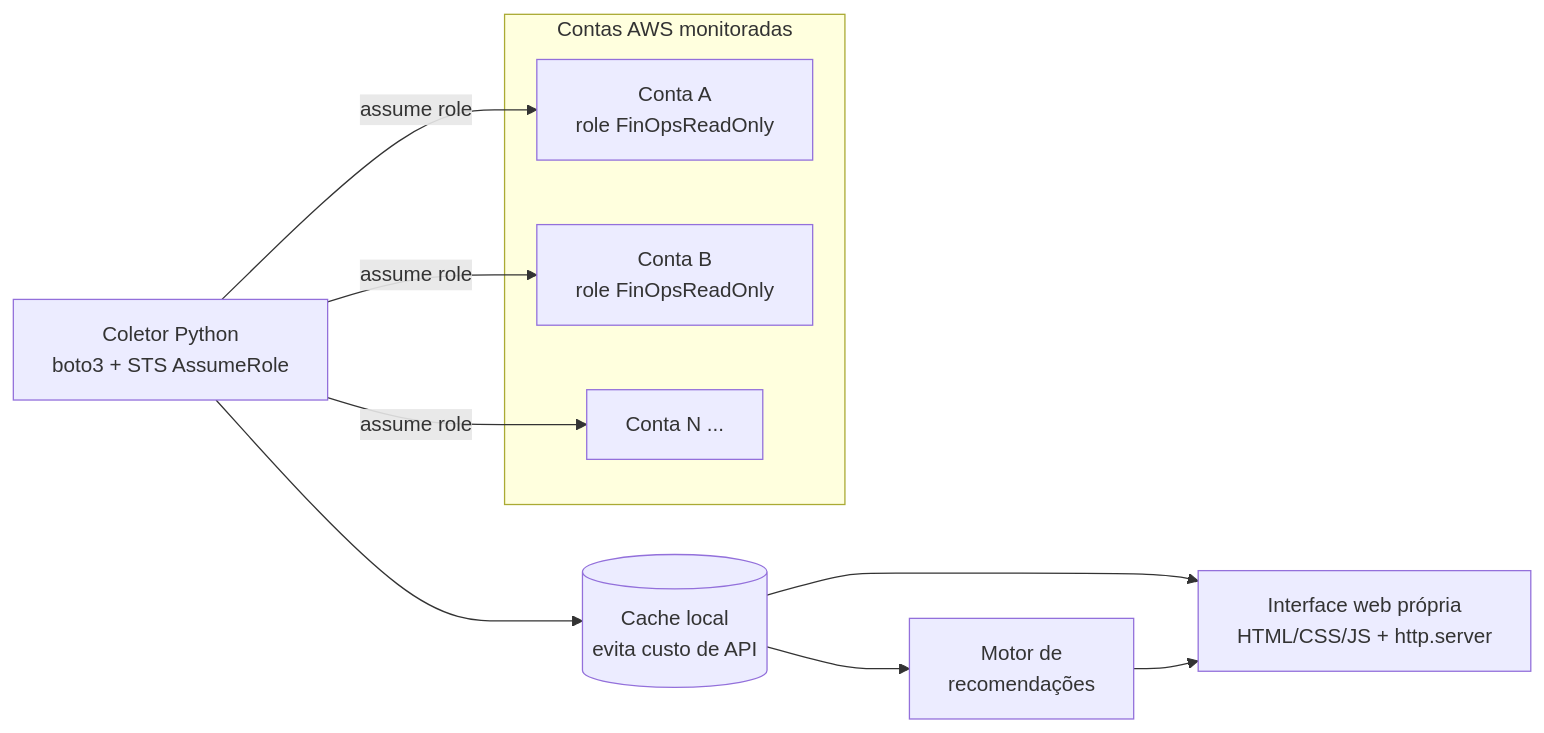
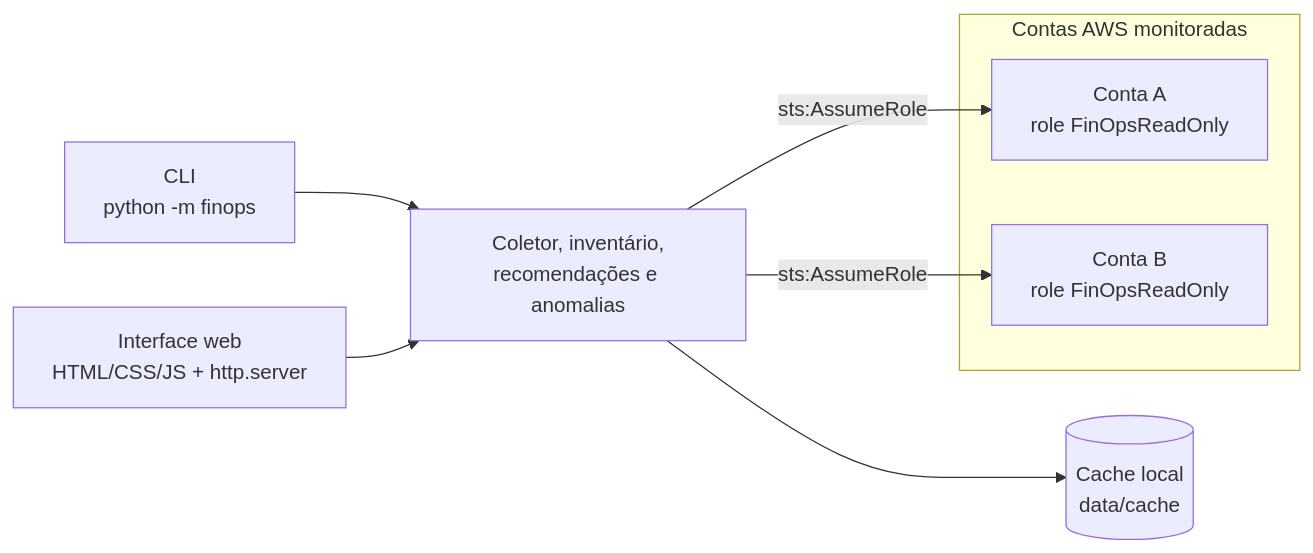
The diagram in README.md (pabloaugustoti/finops-aws), drawn with Mermaid before and after one commit. The commit also changed other lines of this file and 10 other files, not shown here.

````diff
--- a/README.md
+++ b/README.md
@@ -19,15 +68,12 @@
 ```mermaid
 flowchart LR
     subgraph Contas AWS monitoradas
         A1[Conta A<br/>role FinOpsReadOnly]
         A2[Conta B<br/>role FinOpsReadOnly]
-        A3[Conta N ...]
     end
-    C[Coletor Python<br/>boto3 + STS AssumeRole] -->|assume role| A1
-    C -->|assume role| A2
-    C -->|assume role| A3
-    C --> K[(Cache local<br/>evita custo de API)]
-    K --> R[Motor de<br/>recomendações]
-    K --> D[Interface web própria<br/>HTML/CSS/JS + http.server]
-    R --> D
+    CLI[CLI<br/>python -m finops] --> CORE
+    WEB[Interface web<br/>HTML/CSS/JS + http.server] --> CORE
+    CORE[Coletor, inventário,<br/>recomendações e anomalias] -->|sts:AssumeRole| A1
+    CORE -->|sts:AssumeRole| A2
+    CORE --> K[(Cache local<br/>data/cache)]
 ```
````
